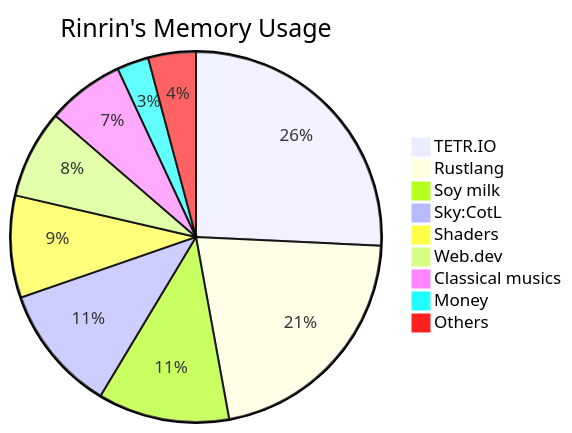
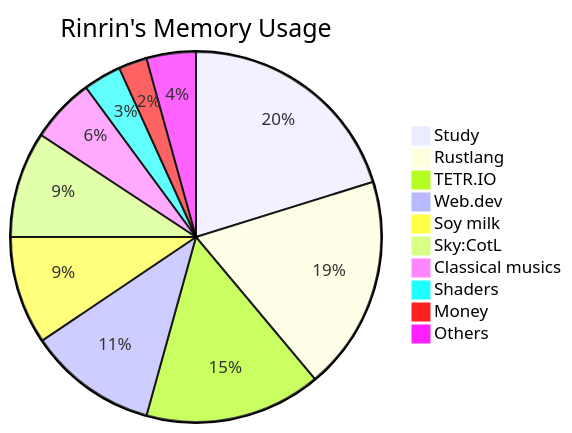
One commit to Rinrin0413/Rinrin0413 changed the diagram in README.md. Above: the diagram before and after it, drawn with Mermaid.

Commit message:
Update:Rinrin's Memory Usage

````diff
--- a/README.md
+++ b/README.md
@@ -74,12 +74,13 @@
 ```mermaid
 pie title Rinrin's Memory Usage
-    "TETR.IO": 130
-    "Rustlang": 108
-    "Soy milk": 58
+    "Study": 122
+    "Rustlang": 113
+    "TETR.IO": 93
+    "Web.dev": 68
+    "Soy milk": 57
     "Sky:CotL": 56
-    "Shaders": 45
-    "Web.dev": 39
     "Classical musics": 34
-    "Money": 14
-    "Others": 21
+    "Shaders": 20
+    "Money": 15
+    "Others": 26
 ```
````
